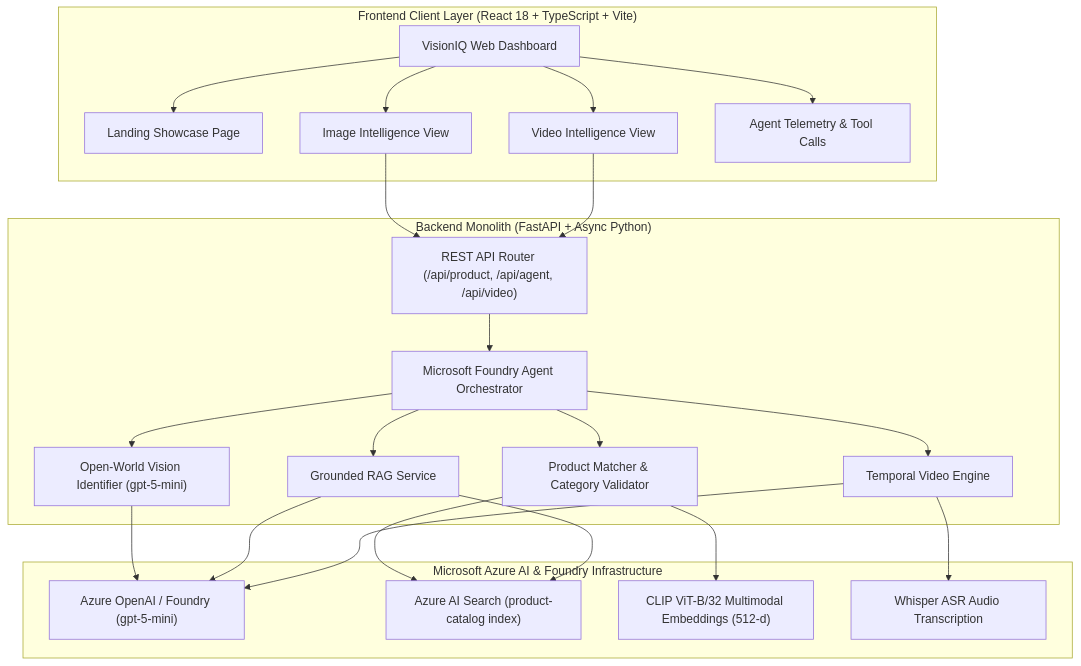
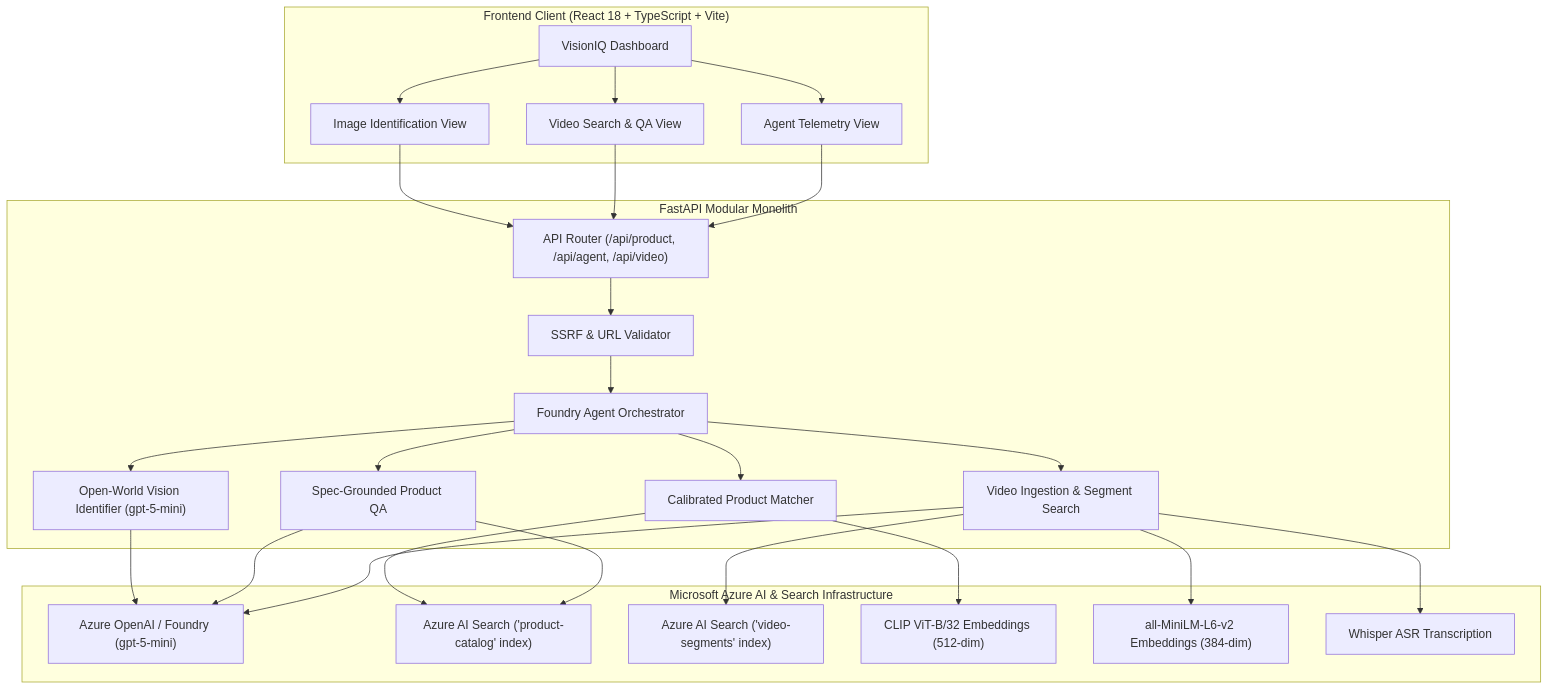
One commit to Pranjal-sh-git/visioniq changed the diagram in README.md. Above: the diagram before and after it, drawn with Mermaid. The commit also changed other lines of this file and 12 other files, not shown here.

````diff
--- a/README.md
+++ b/README.md
@@ -78,35 +59,37 @@
 ```mermaid
 flowchart TD
-    subgraph Client ["Frontend Client Layer (React 18 + TypeScript + Vite)"]
-        UI["VisionIQ Web Dashboard"]
-        Landing["Landing Showcase Page"]
-        ImgTab["Image Intelligence View"]
-        VidTab["Video Intelligence View"]
-        TeleView["Agent Telemetry & Tool Calls"]
+    subgraph Client ["Frontend Client (React 18 + TypeScript + Vite)"]
+        UI["VisionIQ Dashboard"]
+        ImgView["Image Identification View"]
+        VidView["Video Search & QA View"]
+        ChatView["Agent Telemetry View"]
     end
 
-    subgraph Backend ["Backend Monolith (FastAPI + Async Python)"]
-        API["REST API Router (/api/product, /api/agent, /api/video)"]
-        Agent["Microsoft Foundry Agent Orchestrator"]
+    subgraph Backend ["FastAPI Modular Monolith"]
+        Router["API Router (/api/product, /api/agent, /api/video)"]
+        Agent["Foundry Agent Orchestrator"]
+        Security["SSRF & URL Validator"]
         OpenWorld["Open-World Vision Identifier (gpt-5-mini)"]
-        Matcher["Product Matcher & Category Validator"]
-        VideoEngine["Temporal Video Engine"]
-        RAG["Grounded RAG Service"]
+        Matcher["Calibrated Product Matcher"]
+        SpecQA["Spec-Grounded Product QA"]
+        VideoEngine["Video Ingestion & Segment Search"]
     end
 
-    subgraph AzureAI ["Microsoft Azure AI & Foundry Infrastructure"]
+    subgraph AzureAI ["Microsoft Azure AI & Search Infrastructure"]
         Foundry["Azure OpenAI / Foundry (gpt-5-mini)"]
-        AISearch["Azure AI Search (product-catalog index)"]
-        Embeddings["CLIP ViT-B/32 Multimodal Embeddings (512-d)"]
-        ASR["Whisper ASR Audio Transcription"]
+        AISearchProd["Azure AI Search ('product-catalog' index)"]
+        AISearchVid["Azure AI Search ('video-segments' index)"]
+        CLIP["CLIP ViT-B/32 Embeddings (512-dim)"]
+        MiniLM["all-MiniLM-L6-v2 Embeddings (384-dim)"]
+        Whisper["Whisper ASR Transcription"]
     end
 
-    UI --> Landing & ImgTab & VidTab & TeleView
-    ImgTab & VidTab --> API
-    API --> Agent
-    Agent --> OpenWorld & Matcher & VideoEngine & RAG
+    UI --> ImgView & VidView & ChatView
+    ImgView & VidView & ChatView --> Router
+    Router --> Security --> Agent
+    Agent --> OpenWorld & Matcher & SpecQA & VideoEngine
     OpenWorld --> Foundry
-    Matcher --> Embeddings & AISearch
-    RAG --> AISearch & Foundry
-    VideoEngine --> ASR & Foundry
+    Matcher --> CLIP & AISearchProd
+    SpecQA --> AISearchProd & Foundry
+    VideoEngine --> Whisper & MiniLM & AISearchVid & Foundry
 ```
````
